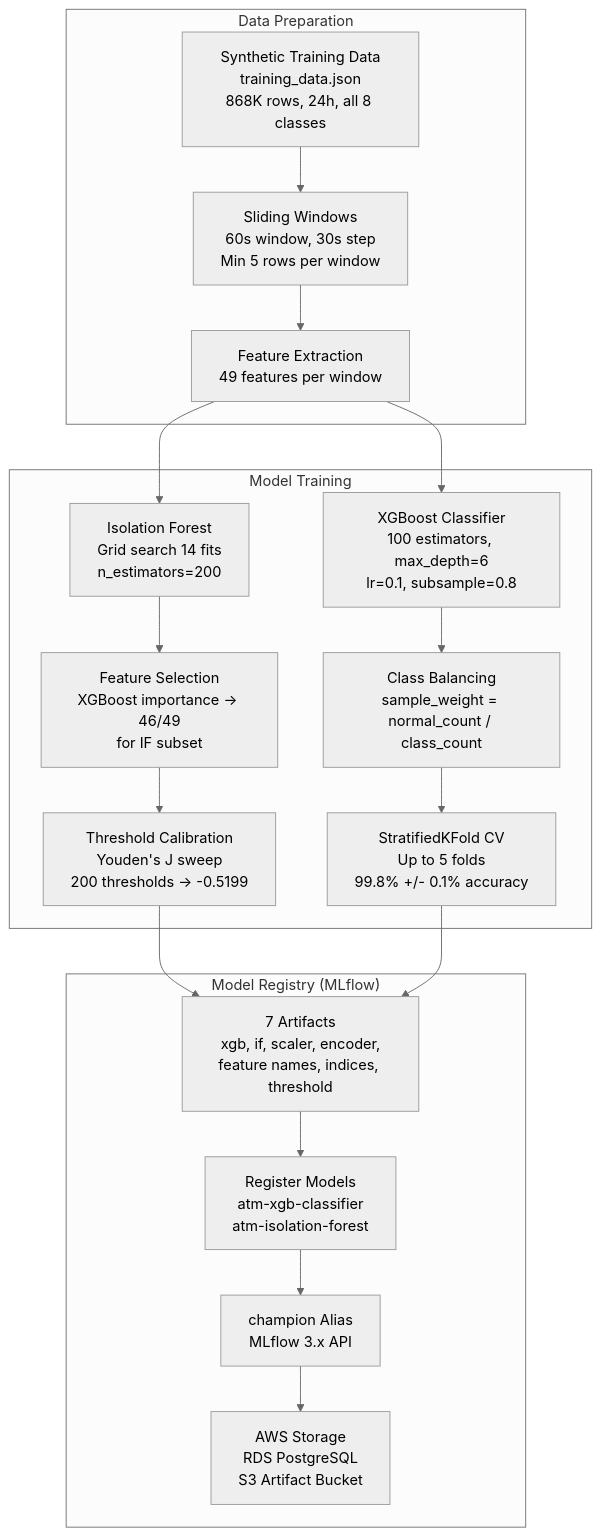
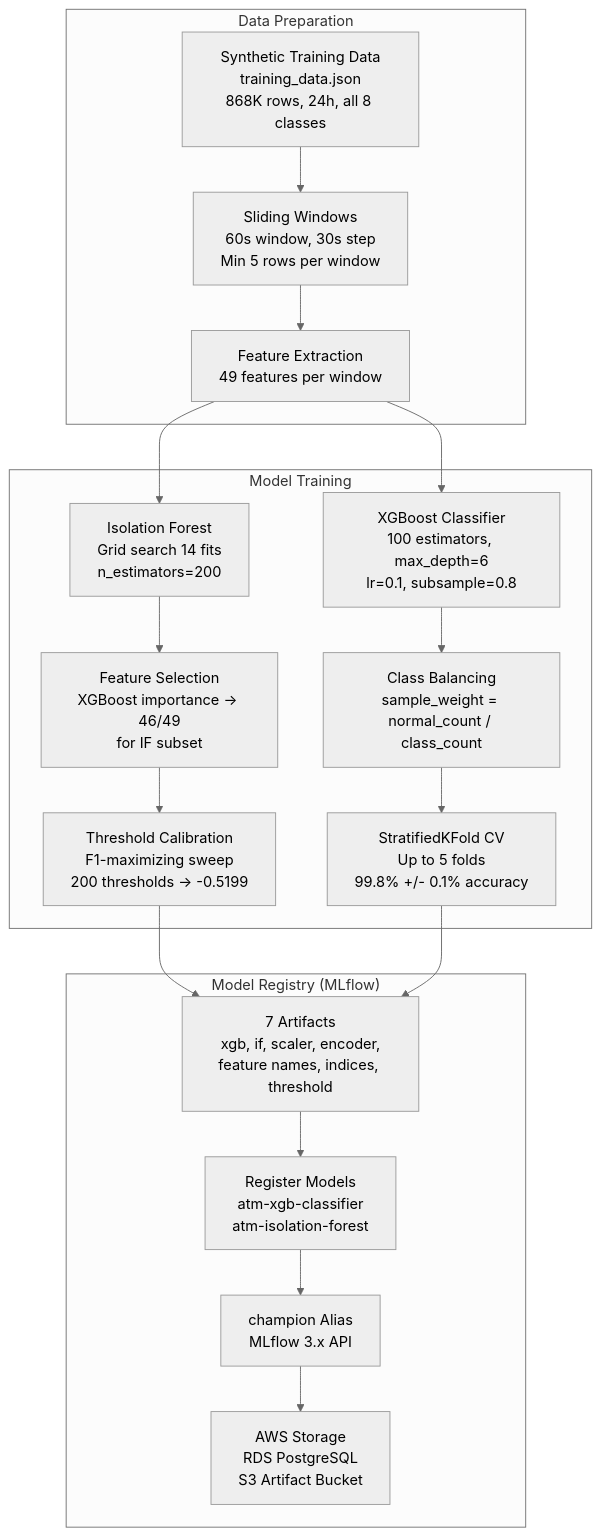
The fifth of 10 diagrams in docs/README-full.md (AhmedIkram05/laad), drawn with Mermaid (neutral theme) before and after one commit. The commit also changed other lines of this file, not shown here.

````diff
--- a/docs/README-full.md
+++ b/docs/README-full.md
@@ -675,29 +675,29 @@
 ```mermaid
 flowchart TD
   subgraph Data ["Data Preparation"]
     SYNTH["Synthetic Training Data<br/>training_data.json<br/>868K rows, 24h, all 8 classes"]
     WIN["Sliding Windows<br/>60s window, 30s step<br/>Min 5 rows per window"]
     FE["Feature Extraction<br/>49 features per window"]
   end
 
   subgraph Training ["Model Training"]
     XGB_TRAIN["XGBoost Classifier<br/>100 estimators, max_depth=6<br/>lr=0.1, subsample=0.8"]
     CV["StratifiedKFold CV<br/>Up to 5 folds<br/>99.8% +/- 0.1% accuracy"]
     BAL["Class Balancing<br/>sample_weight = normal_count / class_count"]
     IF_TRAIN["Isolation Forest<br/>Grid search 14 fits<br/>n_estimators=200"]
     FS["Feature Selection<br/>XGBoost importance -> 46/49<br/>for IF subset"]
-    TC["Threshold Calibration<br/>Youden's J sweep<br/>200 thresholds -> -0.5199"]
+    TC["Threshold Calibration<br/>F1-maximizing sweep<br/>200 thresholds -> -0.5199"]
   end
 
   subgraph Registry ["Model Registry (MLflow)"]
     SAVE["7 Artifacts<br/>xgb, if, scaler, encoder,<br/>feature names, indices, threshold"]
     REG["Register Models<br/>atm-xgb-classifier<br/>atm-isolation-forest"]
     ALIAS["champion Alias<br/>MLflow 3.x API"]
     AWS["AWS Storage<br/>RDS PostgreSQL<br/>S3 Artifact Bucket"]
   end
 
   SYNTH --> WIN --> FE
   FE --> XGB_TRAIN --> BAL --> CV
   FE --> IF_TRAIN --> FS --> TC
   TC & CV --> SAVE --> REG --> ALIAS --> AWS
 ```
````
